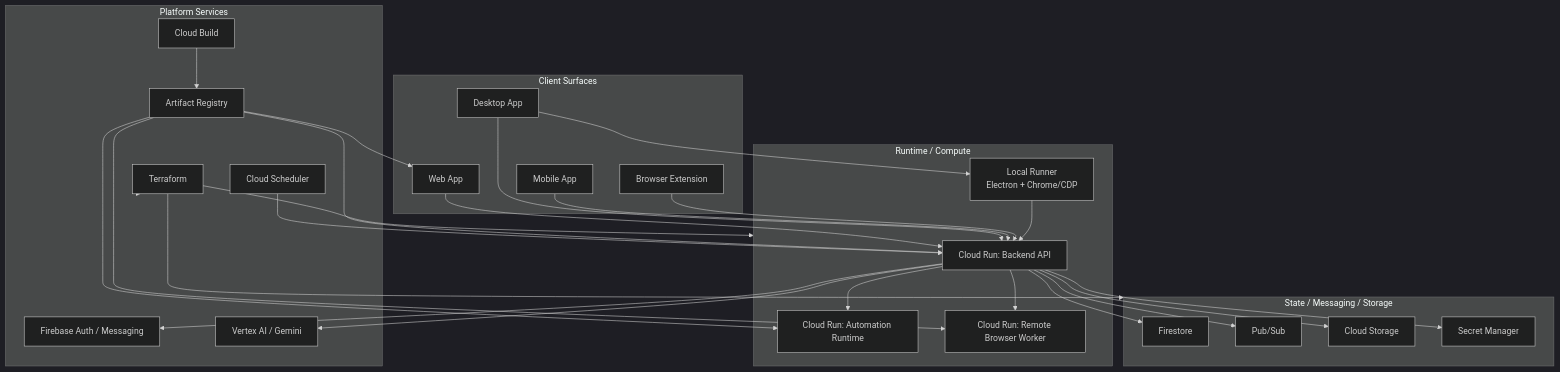
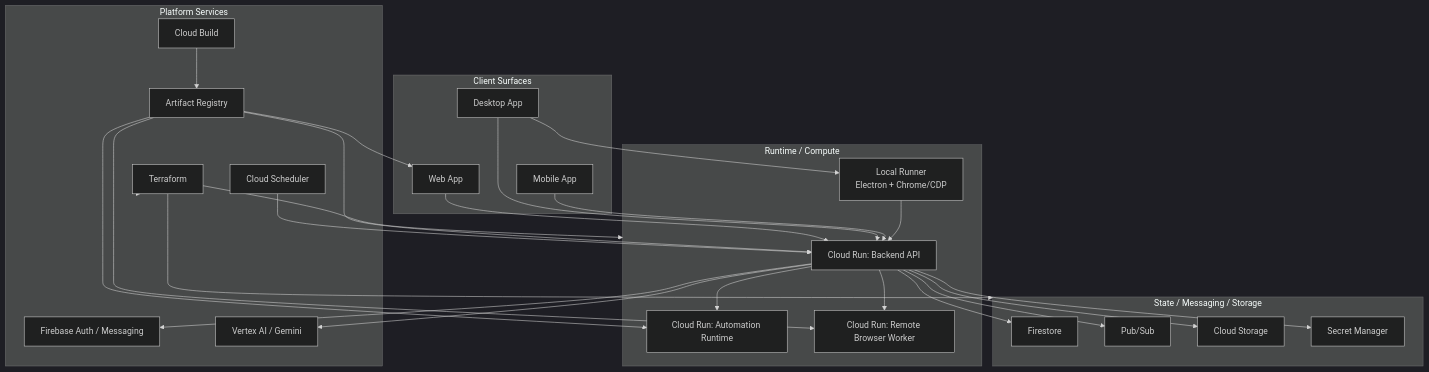
The fourth of 5 diagrams in README.md (Eshwar-777/Oi), drawn with Mermaid (dark theme) before and after one commit. The commit also changed other lines of this file and 7 other files, not shown here.

````diff
--- a/README.md
+++ b/README.md
@@ -98,59 +94,57 @@
 ```mermaid
 flowchart TB
     subgraph Clients["Client Surfaces"]
         Web["Web App"]
         Desktop["Desktop App"]
         Mobile["Mobile App"]
-        Extension["Browser Extension"]
     end
 
     subgraph Compute["Runtime / Compute"]
         Backend["Cloud Run: Backend API"]
         Runtime["Cloud Run: Automation Runtime"]
         RemoteWorker["Cloud Run: Remote Browser Worker"]
         LocalRunner["Local Runner<br/>Electron + Chrome/CDP"]
     end
 
     subgraph Data["State / Messaging / Storage"]
         Firestore["Firestore"]
         PubSub["Pub/Sub"]
         GCS["Cloud Storage"]
         Secrets["Secret Manager"]
     end
 
     subgraph Platform["Platform Services"]
         Firebase["Firebase Auth / Messaging"]
         Vertex["Vertex AI / Gemini"]
         Scheduler["Cloud Scheduler"]
         Registry["Artifact Registry"]
         Build["Cloud Build"]
         Terraform["Terraform"]
     end
 
     Web --> Backend
     Desktop --> Backend
     Mobile --> Backend
-    Extension --> Backend
 
     Desktop --> LocalRunner
     LocalRunner --> Backend
 
     Backend --> Runtime
     Backend --> RemoteWorker
     Backend --> Firestore
     Backend --> PubSub
     Backend --> GCS
     Backend --> Secrets
     Backend --> Firebase
     Backend --> Vertex
 
     Scheduler --> Backend
     Build --> Registry
     Registry --> Backend
     Registry --> Runtime
     Registry --> RemoteWorker
     Registry --> Web
     Terraform --> Compute
     Terraform --> Data
     Terraform --> Platform
 ```
````
